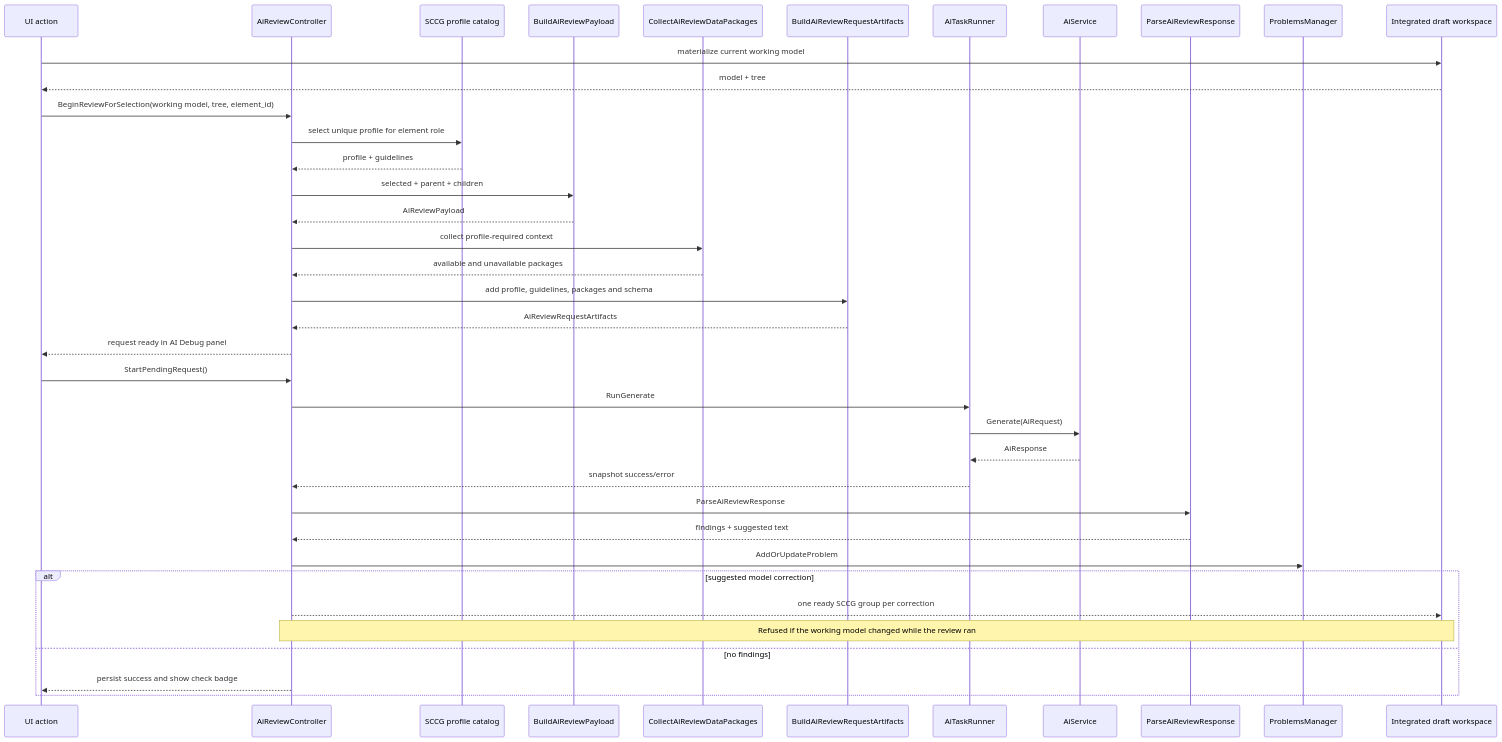
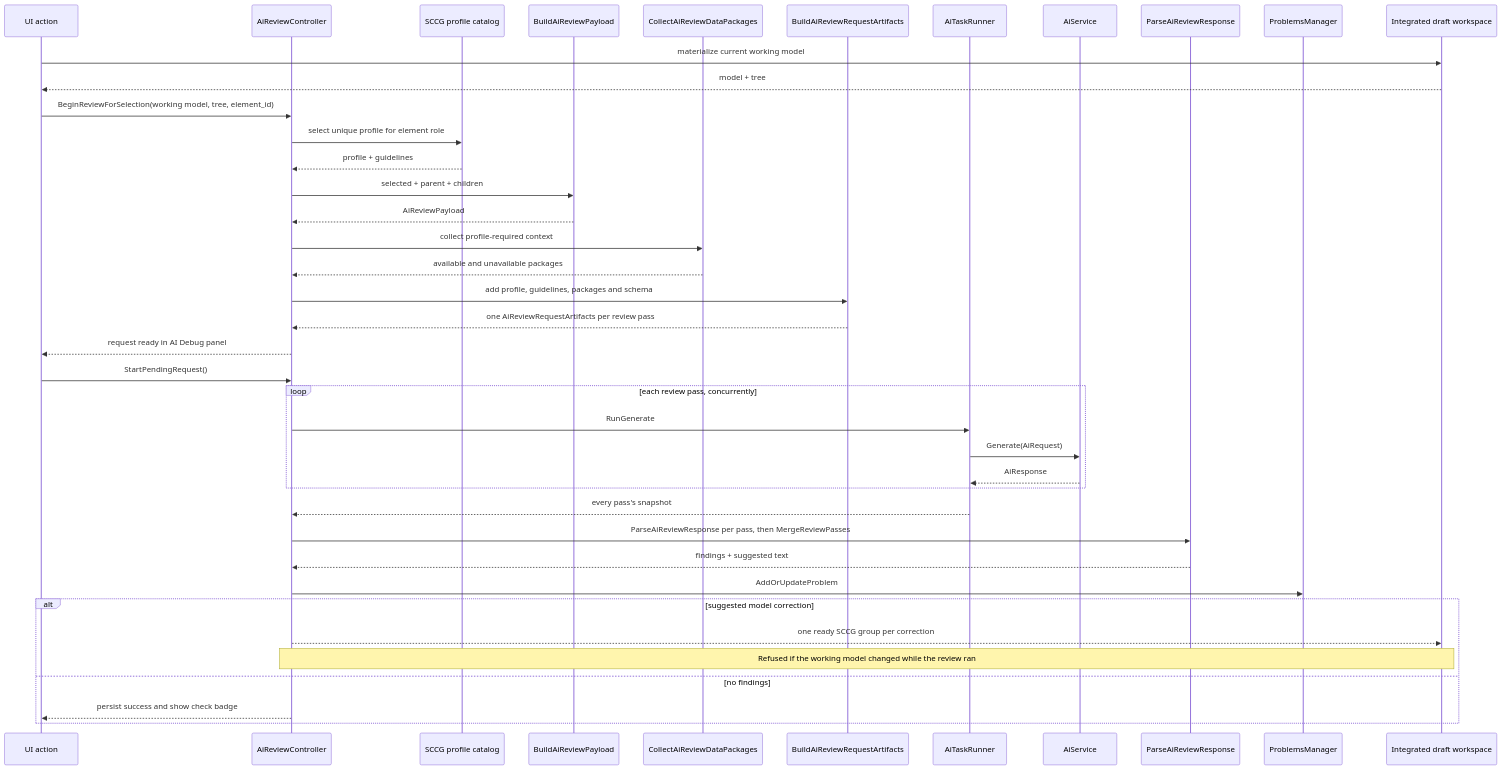
One commit to lasrod/assurance-forge changed the fourth of 5 diagrams in docs/architecture/review-ai.md. Above: the diagram before and after it, drawn with Mermaid. The commit also changed other lines of this file and 3 other files, not shown here.

First line of the commit message:
Record the SCCG 0.8.0 adoption in the capability matrix and the architecture pages

````diff
--- a/docs/architecture/review-ai.md
+++ b/docs/architecture/review-ai.md
@@ -117,41 +146,43 @@
 ```mermaid
 sequenceDiagram
     participant UI as UI action
     participant Controller as AiReviewController
     participant Catalog as SCCG profile catalog
     participant Payload as BuildAiReviewPayload
     participant Data as CollectAiReviewDataPackages
     participant Artifacts as BuildAiReviewRequestArtifacts
     participant Runner as AiTaskRunner
     participant Service as AiService
     participant Parser as ParseAiReviewResponse
     participant Problems as ProblemsManager
     participant Draft as Integrated draft workspace
 
     UI->>Draft: materialize current working model
     Draft-->>UI: model + tree
     UI->>Controller: BeginReviewForSelection(working model, tree, element_id)
     Controller->>Catalog: select unique profile for element role
     Catalog-->>Controller: profile + guidelines
     Controller->>Payload: selected + parent + children
     Payload-->>Controller: AiReviewPayload
     Controller->>Data: collect profile-required context
     Data-->>Controller: available and unavailable packages
     Controller->>Artifacts: add profile, guidelines, packages and schema
-    Artifacts-->>Controller: AiReviewRequestArtifacts
+    Artifacts-->>Controller: one AiReviewRequestArtifacts per review pass
     Controller-->>UI: request ready in AI Debug panel
     UI->>Controller: StartPendingRequest()
-    Controller->>Runner: RunGenerate
-    Runner->>Service: Generate(AiRequest)
-    Service-->>Runner: AiResponse
-    Runner-->>Controller: snapshot success/error
-    Controller->>Parser: ParseAiReviewResponse
+    loop each review pass, concurrently
+        Controller->>Runner: RunGenerate
+        Runner->>Service: Generate(AiRequest)
+        Service-->>Runner: AiResponse
+    end
+    Runner-->>Controller: every pass's snapshot
+    Controller->>Parser: ParseAiReviewResponse per pass, then MergeReviewPasses
     Parser-->>Controller: findings + suggested text
     Controller->>Problems: AddOrUpdateProblem
     alt suggested model correction
         Controller-->>Draft: one ready SCCG group per correction
         Note over Controller,Draft: Refused if the working model changed while the review ran
     else no findings
         Controller-->>UI: persist success and show check badge
     end
 ```
````
